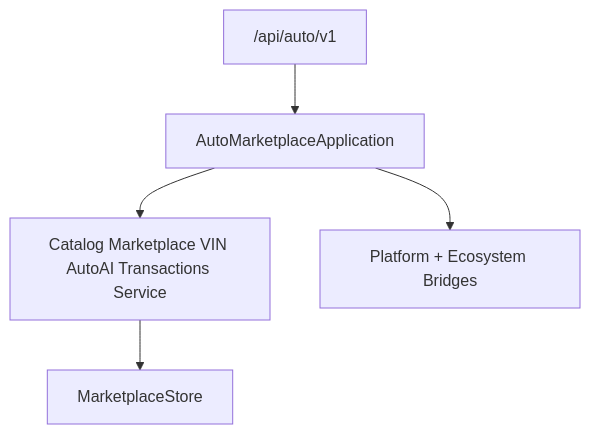
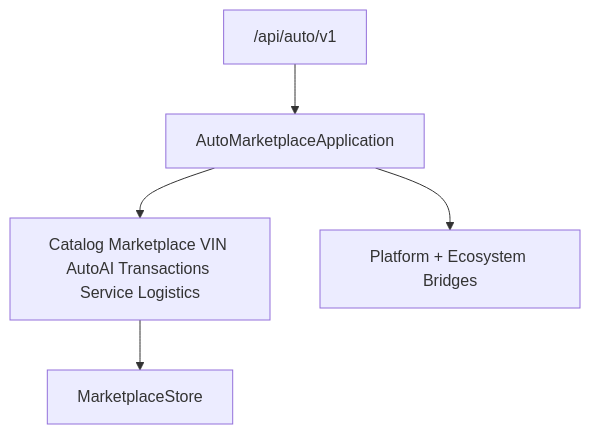
One commit to okeysiri11/telegram-ai-crm-bot changed the diagram in docs/AUTO_MARKETPLACE.md. Above: the diagram before and after it, drawn with Mermaid. The commit also changed other lines of this file and 50 other files, not shown here.

````diff
--- a/docs/AUTO_MARKETPLACE.md
+++ b/docs/AUTO_MARKETPLACE.md
@@ -20,10 +20,10 @@
 ```mermaid
 flowchart TB
     API["/api/auto/v1"]
     App[AutoMarketplaceApplication]
-    Domains[Catalog Marketplace VIN AutoAI Transactions Service]
+    Domains[Catalog Marketplace VIN AutoAI Transactions Service Logistics]
     Bridges[Platform + Ecosystem Bridges]
     Store[MarketplaceStore]
     API --> App --> Domains --> Store
     App --> Bridges
 ```
````
